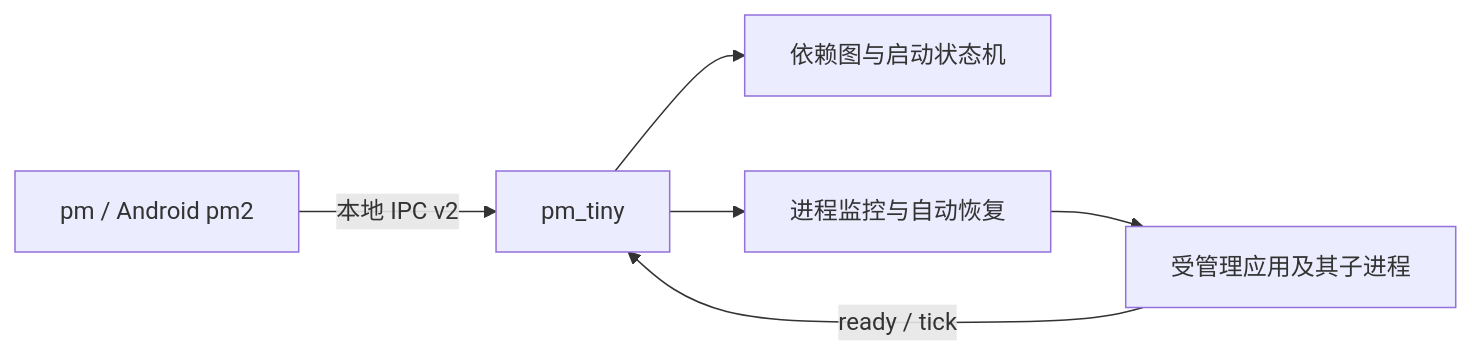
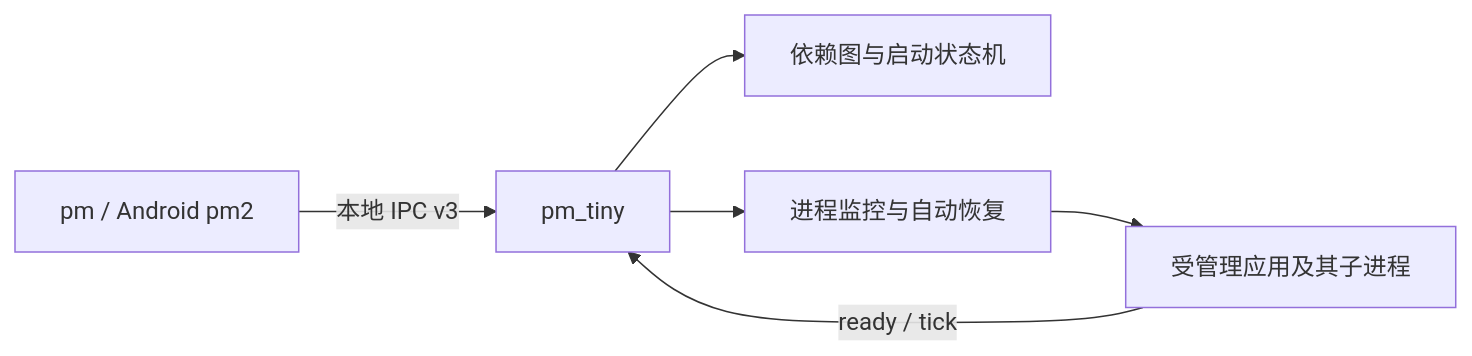
The diagram in README.md (luoqianlin/pm_tiny), drawn with Mermaid before and after one commit. The commit also changed other lines of this file and 236 other files, not shown here.

````diff
--- a/README.md
+++ b/README.md
@@ -25,8 +25,8 @@
 ```mermaid
 flowchart LR
-    CLI[pm / Android pm2] -->|本地 IPC v2| Daemon[pm_tiny]
+    CLI[pm / Android pm2] -->|本地 IPC v3| Daemon[pm_tiny]
     Daemon --> DAG[依赖图与启动状态机]
     Daemon --> Runtime[进程监控与自动恢复]
     Runtime --> Apps[受管理应用及其子进程]
     Apps -->|ready / tick| Daemon
 ```
````
